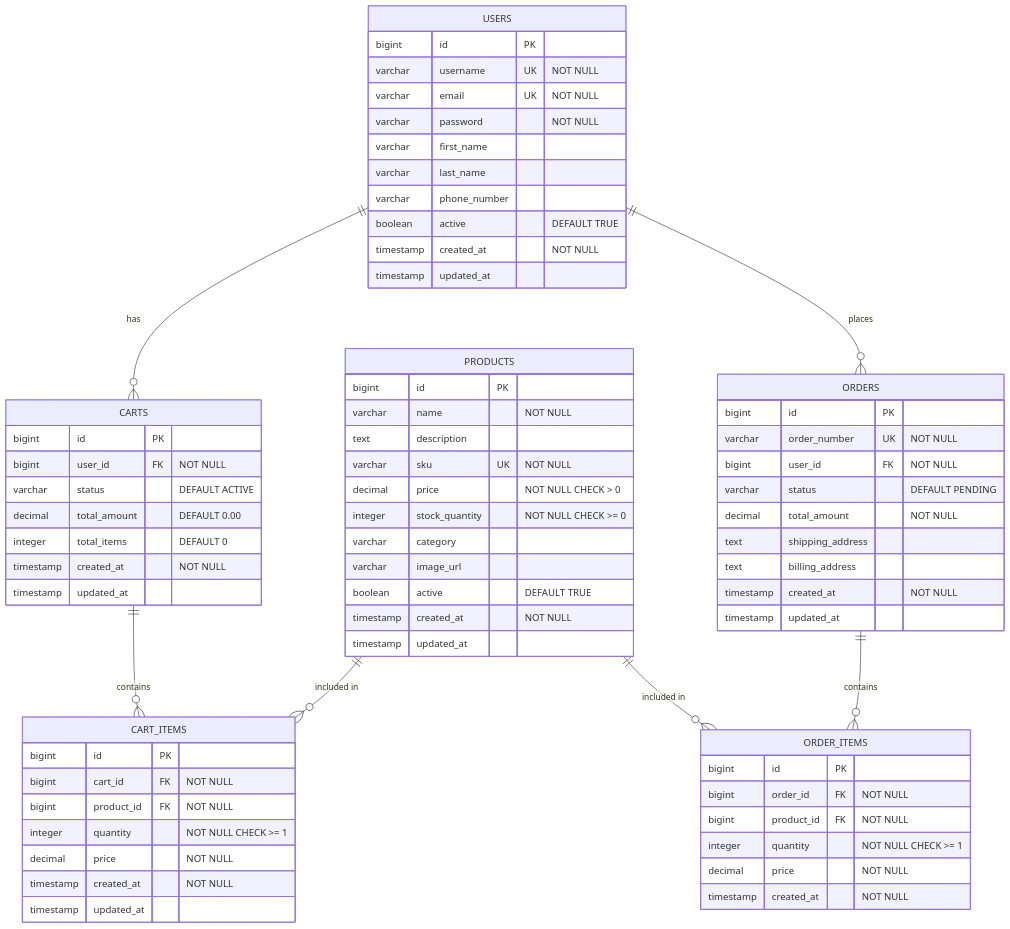
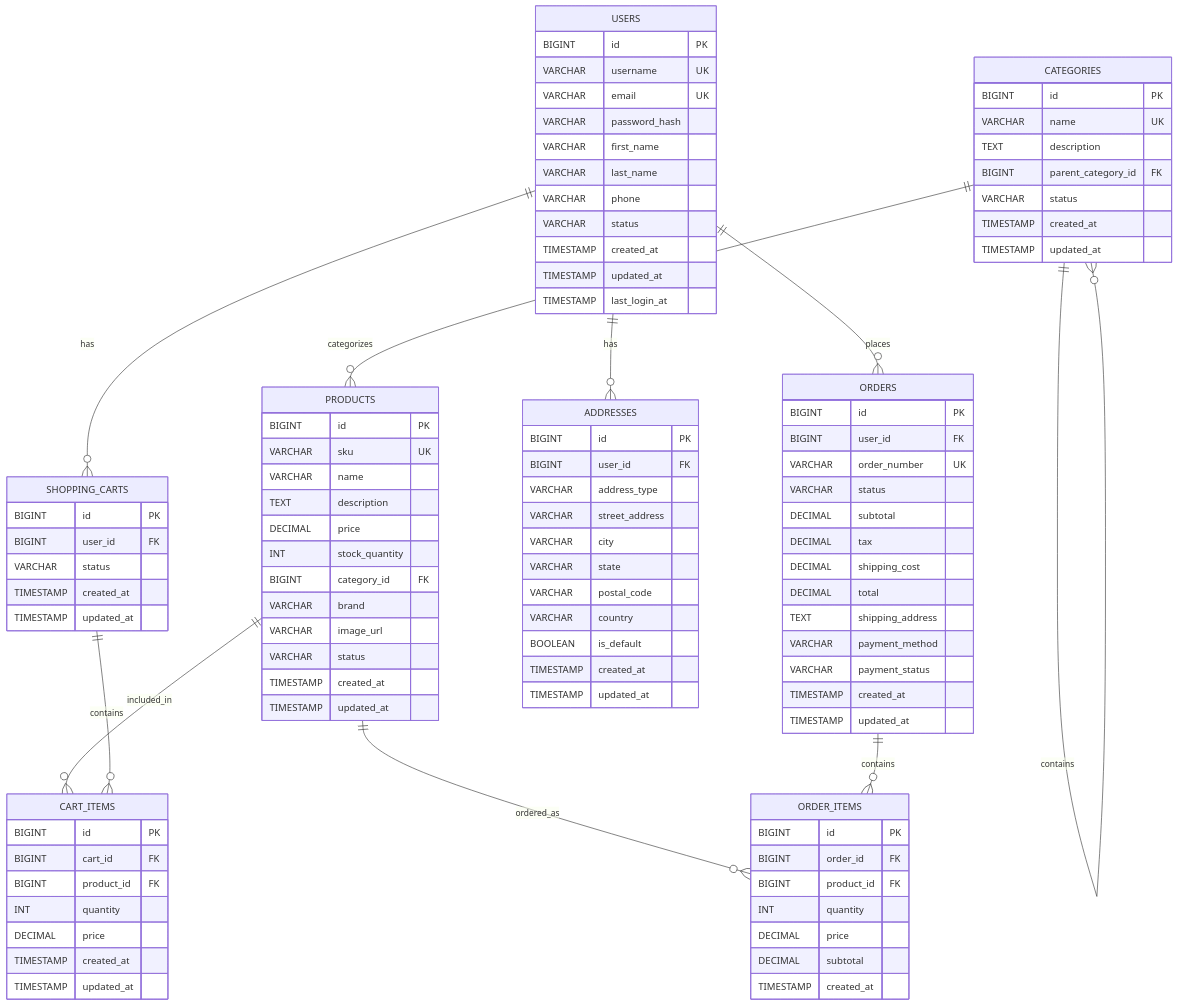
The diagram in docs/er_diagram.mmd (NavneetBN47/ecommerce), drawn with Mermaid before and after one commit. The commit also changed 56 other files, not shown here.

````diff
--- a/docs/er_diagram.mmd
+++ b/docs/er_diagram.mmd
@@ -1,75 +1,113 @@
+```mermaid
 erDiagram
-    USERS ||--o{ CARTS : "has"
+    USERS ||--o{ SHOPPING_CARTS : "has"
     USERS ||--o{ ORDERS : "places"
-    CARTS ||--o{ CART_ITEMS : "contains"
-    PRODUCTS ||--o{ CART_ITEMS : "included in"
-    PRODUCTS ||--o{ ORDER_ITEMS : "included in"
+    USERS ||--o{ ADDRESSES : "has"
+    
+    CATEGORIES ||--o{ CATEGORIES : "contains"
+    CATEGORIES ||--o{ PRODUCTS : "categorizes"
+    
+    PRODUCTS ||--o{ CART_ITEMS : "included_in"
+    PRODUCTS ||--o{ ORDER_ITEMS : "ordered_as"
+    
+    SHOPPING_CARTS ||--o{ CART_ITEMS : "contains"
+    
     ORDERS ||--o{ ORDER_ITEMS : "contains"
-
+    
     USERS {
-        bigint id PK
-        varchar username UK "NOT NULL"
-        varchar email UK "NOT NULL"
-        varchar password "NOT NULL"
-        varchar first_name
-        varchar last_name
-        varchar phone_number
-        boolean active "DEFAULT TRUE"
-        timestamp created_at "NOT NULL"
-        timestamp updated_at
+        BIGINT id PK
+        VARCHAR username UK
+        VARCHAR email UK
+        VARCHAR password_hash
+        VARCHAR first_name
+        VARCHAR last_name
+        VARCHAR phone
+        VARCHAR status
+        TIMESTAMP created_at
+        TIMESTAMP updated_at
+        TIMESTAMP last_login_at
     }
-
+    
+    CATEGORIES {
+        BIGINT id PK
+        VARCHAR name UK
+        TEXT description
+        BIGINT parent_category_id FK
+        VARCHAR status
+        TIMESTAMP created_at
+        TIMESTAMP updated_at
+    }
+    
     PRODUCTS {
-        bigint id PK
-        varchar name "NOT NULL"
-        text description
-        varchar sku UK "NOT NULL"
-        decimal price "NOT NULL CHECK > 0"
-        integer stock_quantity "NOT NULL CHECK >= 0"
-        varchar category
-        varchar image_url
-        boolean active "DEFAULT TRUE"
-        timestamp created_at "NOT NULL"
-        timestamp updated_at
+        BIGINT id PK
+        VARCHAR sku UK
+        VARCHAR name
+        TEXT description
+        DECIMAL price
+        INT stock_quantity
+        BIGINT category_id FK
+        VARCHAR brand
+        VARCHAR image_url
+        VARCHAR status
+        TIMESTAMP created_at
+        TIMESTAMP updated_at
     }
-
-    CARTS {
-        bigint id PK
-        bigint user_id FK "NOT NULL"
-        varchar status "DEFAULT ACTIVE"
-        decimal total_amount "DEFAULT 0.00"
-        integer total_items "DEFAULT 0"
-        timestamp created_at "NOT NULL"
-        timestamp updated_at
+    
+    SHOPPING_CARTS {
+        BIGINT id PK
+        BIGINT user_id FK
+        VARCHAR status
+        TIMESTAMP created_at
+        TIMESTAMP updated_at
     }
-
+    
     CART_ITEMS {
-        bigint id PK
-        bigint cart_id FK "NOT NULL"
-        bigint product_id FK "NOT NULL"
-        integer quantity "NOT NULL CHECK >= 1"
-        decimal price "NOT NULL"
-        timestamp created_at "NOT NULL"
-        timestamp updated_at
+        BIGINT id PK
+        BIGINT cart_id FK
+        BIGINT product_id FK
+        INT quantity
+        DECIMAL price
+        TIMESTAMP created_at
+        TIMESTAMP updated_at
     }
-
+    
     ORDERS {
-        bigint id PK
-        varchar order_number UK "NOT NULL"
-        bigint user_id FK "NOT NULL"
-        varchar status "DEFAULT PENDING"
-        decimal total_amount "NOT NULL"
-        text shipping_address
-        text billing_address
-        timestamp created_at "NOT NULL"
-        timestamp updated_at
+        BIGINT id PK
+        BIGINT user_id FK
+        VARCHAR order_number UK
+        VARCHAR status
+        DECIMAL subtotal
+        DECIMAL tax
+        DECIMAL shipping_cost
+        DECIMAL total
+        TEXT shipping_address
+        VARCHAR payment_method
+        VARCHAR payment_status
+        TIMESTAMP created_at
+        TIMESTAMP updated_at
     }
-
+    
     ORDER_ITEMS {
-        bigint id PK
-        bigint order_id FK "NOT NULL"
-        bigint product_id FK "NOT NULL"
-        integer quantity "NOT NULL CHECK >= 1"
-        decimal price "NOT NULL"
-        timestamp created_at "NOT NULL"
+        BIGINT id PK
+        BIGINT order_id FK
+        BIGINT product_id FK
+        INT quantity
+        DECIMAL price
+        DECIMAL subtotal
+        TIMESTAMP created_at
     }
+    
+    ADDRESSES {
+        BIGINT id PK
+        BIGINT user_id FK
+        VARCHAR address_type
+        VARCHAR street_address
+        VARCHAR city
+        VARCHAR state
+        VARCHAR postal_code
+        VARCHAR country
+        BOOLEAN is_default
+        TIMESTAMP created_at
+        TIMESTAMP updated_at
+    }
+```
````
